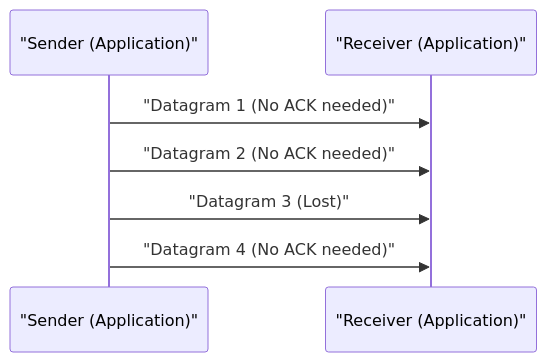
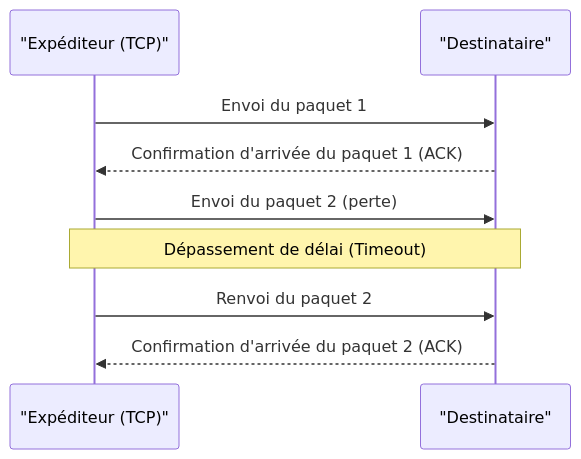
Before and after one commit to kenjinote/blog: the diagram in content/post/history-of-udp/index.fr.md, drawn with Mermaid. The commit also changed other lines of this file and 67 other files, not shown here.

````diff
--- a/content/post/history-of-udp/index.fr.md
+++ b/content/post/history-of-udp/index.fr.md
@@ -21,9 +35,11 @@
 ```mermaid
 sequenceDiagram
-    participant S as "Sender (Application)"
-    participant R as "Receiver (Application)"
-    S->>R: "Datagram 1 (No ACK needed)"
-    S->>R: "Datagram 2 (No ACK needed)"
-    S->>R: "Datagram 3 (Lost)"
-    S->>R: "Datagram 4 (No ACK needed)"
+    participant Sender as "Expéditeur (TCP)"
+    participant Receiver as "Destinataire"
+    Sender->>Receiver: Envoi du paquet 1
+    Receiver-->>Sender: Confirmation d'arrivée du paquet 1 (ACK)
+    Sender->>Receiver: Envoi du paquet 2 (perte)
+    Note over Sender,Receiver: Dépassement de délai (Timeout)
+    Sender->>Receiver: Renvoi du paquet 2
+    Receiver-->>Sender: Confirmation d'arrivée du paquet 2 (ACK)
 ```
````
